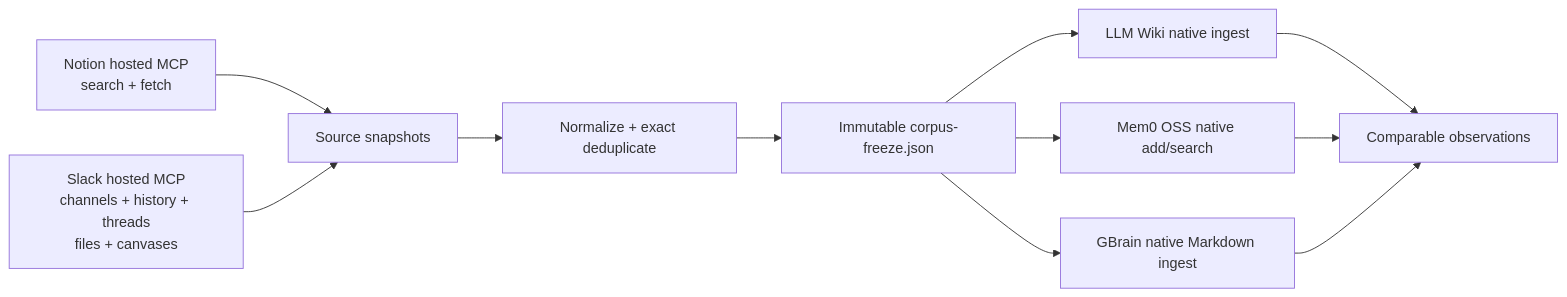
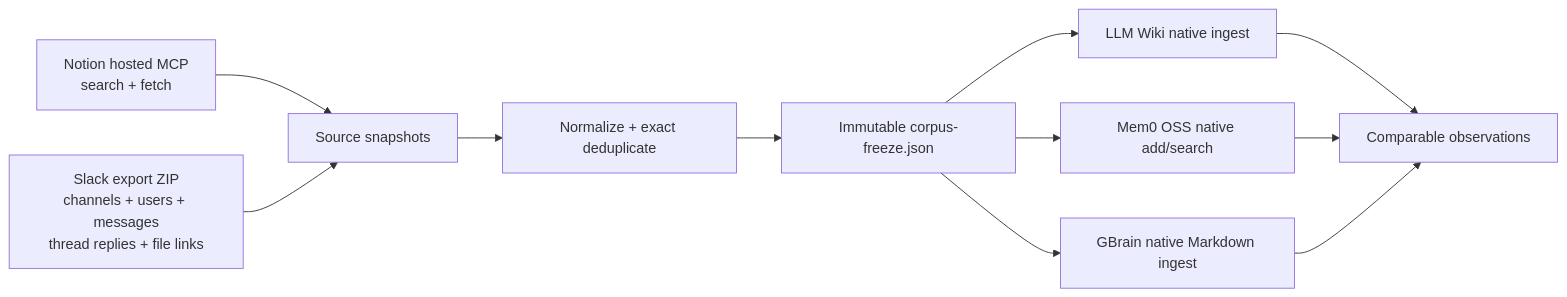
Before and after one commit to runbear-io/AutoBrain: the third of 3 diagrams in README.md, drawn with Mermaid. The commit also changed other lines of this file and 24 other files, not shown here.

First line of the commit message:
feat: add Slack export ingest and ChatGPT-first cockpit

````diff
--- a/README.md
+++ b/README.md
@@ -276,13 +407,13 @@
 ```mermaid
 flowchart LR
     A[Notion hosted MCP<br/>search + fetch] --> C[Source snapshots]
-    B[Slack hosted MCP<br/>channels + history + threads<br/>files + canvases] --> C
+    B[Slack export ZIP<br/>channels + users + messages<br/>thread replies + file links] --> C
     C --> D[Normalize + exact deduplicate]
     D --> E[Immutable corpus-freeze.json]
     E --> F[LLM Wiki native ingest]
     E --> G[Mem0 OSS native add/search]
     E --> H[GBrain native Markdown ingest]
     F --> I[Comparable observations]
     G --> I
     H --> I
 ```
````
